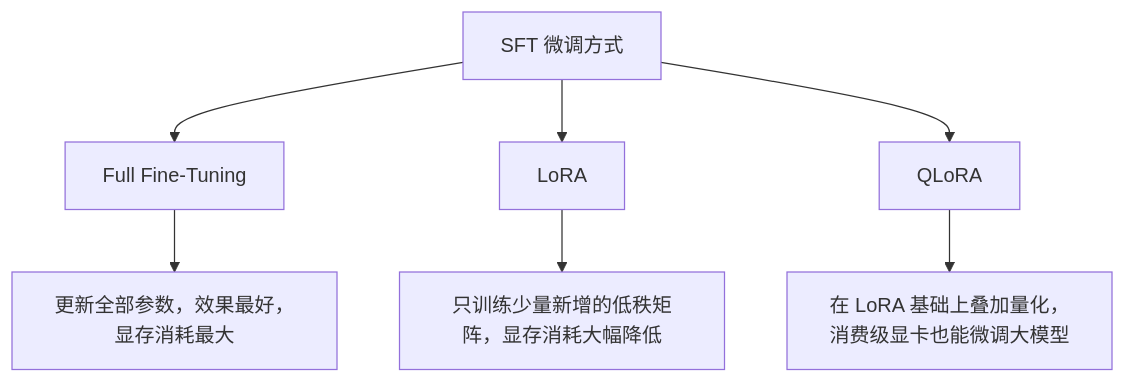
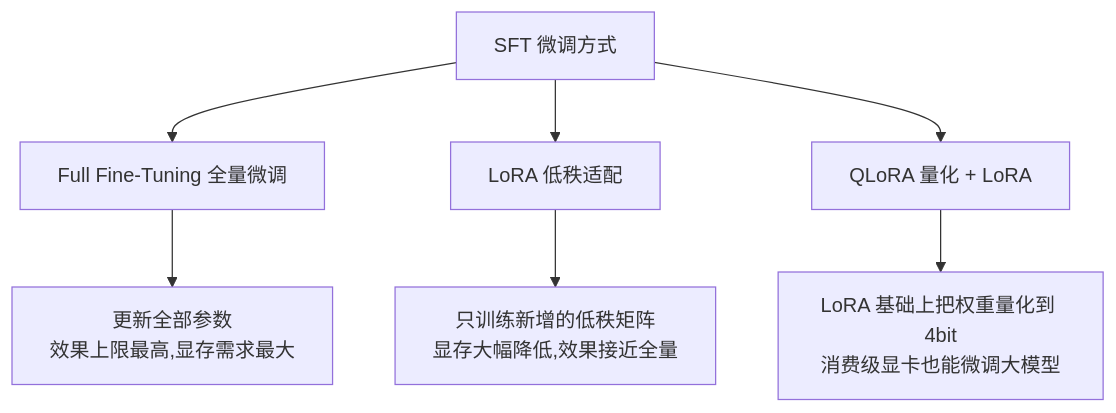
Before and after one commit to AI-learning-simple/Build-Your-Own-LLM: the third of 3 diagrams in 2. Alignment 与训练工程/2. SFT——模型如何学会理解人类指令.md, drawn with Mermaid. The commit also changed other lines of this file and 41 other files, not shown here.

````diff
--- a/2. Alignment 与训练工程/2. SFT——模型如何学会理解人类指令.md
+++ b/2. Alignment 与训练工程/2. SFT——模型如何学会理解人类指令.md
@@ -84,9 +132,9 @@
 ```mermaid
 flowchart TD
-    A[SFT 微调方式] --> B[Full Fine-Tuning]
-    A --> C[LoRA]
-    A --> D[QLoRA]
-    B --> E["更新全部参数，效果最好，显存消耗最大"]
-    C --> F["只训练少量新增的低秩矩阵，显存消耗大幅降低"]
-    D --> G["在 LoRA 基础上叠加量化，消费级显卡也能微调大模型"]
+    A[SFT 微调方式] --> B[Full Fine-Tuning 全量微调]
+    A --> C[LoRA 低秩适配]
+    A --> D[QLoRA 量化 + LoRA]
+    B --> E["更新全部参数<br/>效果上限最高,显存需求最大"]
+    C --> F["只训练新增的低秩矩阵<br/>显存大幅降低,效果接近全量"]
+    D --> G["LoRA 基础上把权重量化到 4bit<br/>消费级显卡也能微调大模型"]
 ```
````
